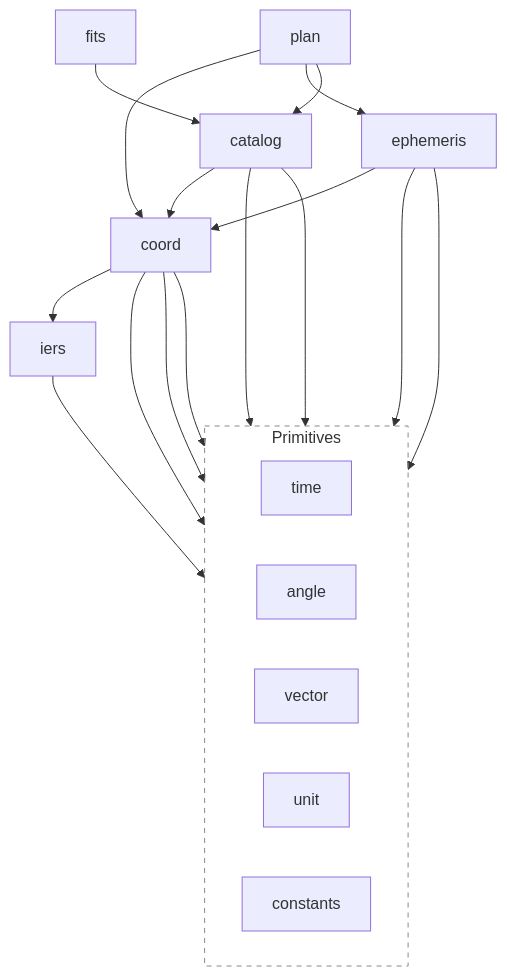
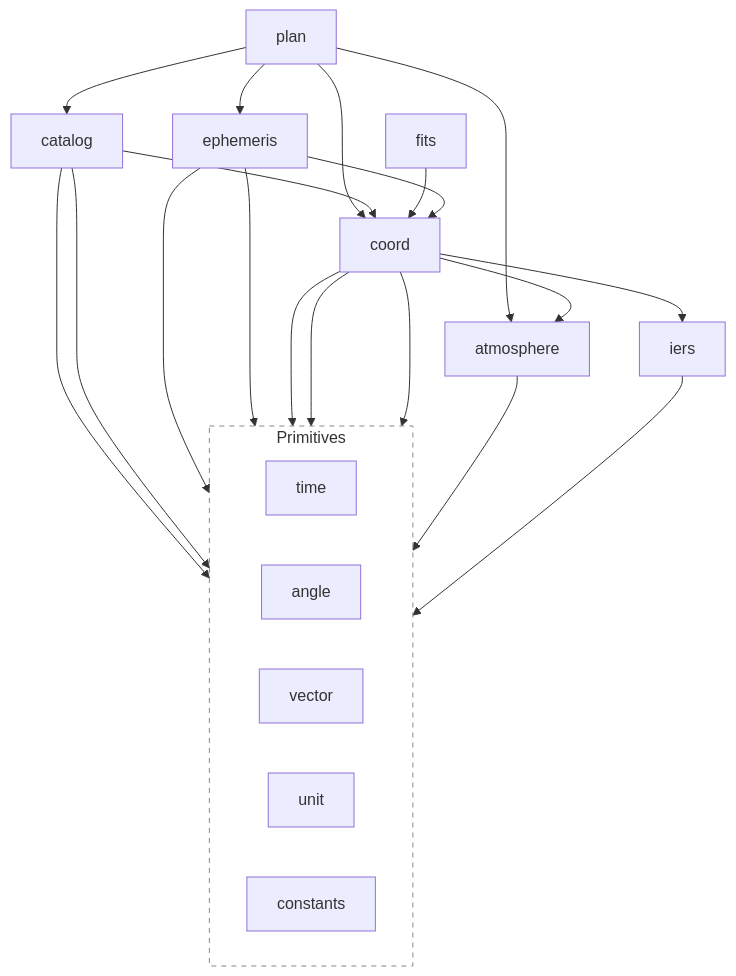
Before and after one commit to TuSKan/astrogo: the diagram in README.md, drawn with Mermaid. The commit also changed other lines of this file and 9 other files, not shown here.

````diff
--- a/README.md
+++ b/README.md
@@ -276,48 +278,53 @@
 ```mermaid
 flowchart TD
     %% High-level Orchestration
     plan[plan]
-    fits[fits]
     catalog[catalog]
 
     %% Scientific Engines
     ephemeris[ephemeris]
     coord[coord]
+    atmosphere[atmosphere]
+    fits[fits]
     
     %% Data Providers
     iers[iers]
 
     %% Primitive Foundation
     subgraph Primitives
         direction LR
         time[time]
         angle[angle]
         vector[vector]
         unit[unit]
         constants[constants]
     end
 
     %% Dependency mappings (Top-Down: A imports B)
     plan --> coord
     plan --> ephemeris
     plan --> catalog
-    
-    fits --> catalog
+    plan --> atmosphere
     
     catalog --> coord
     catalog --> time
     catalog --> angle
+    
+    fits --> coord
     
     ephemeris --> time
     ephemeris --> vector
     ephemeris --> coord
     
     coord --> iers
+    coord --> atmosphere
     coord --> time
     coord --> vector
     coord --> angle
     
+    atmosphere --> angle
+
     iers --> time
 
     style Primitives fill:transparent,stroke:#888,stroke-dasharray: 5 5
 ```
````
